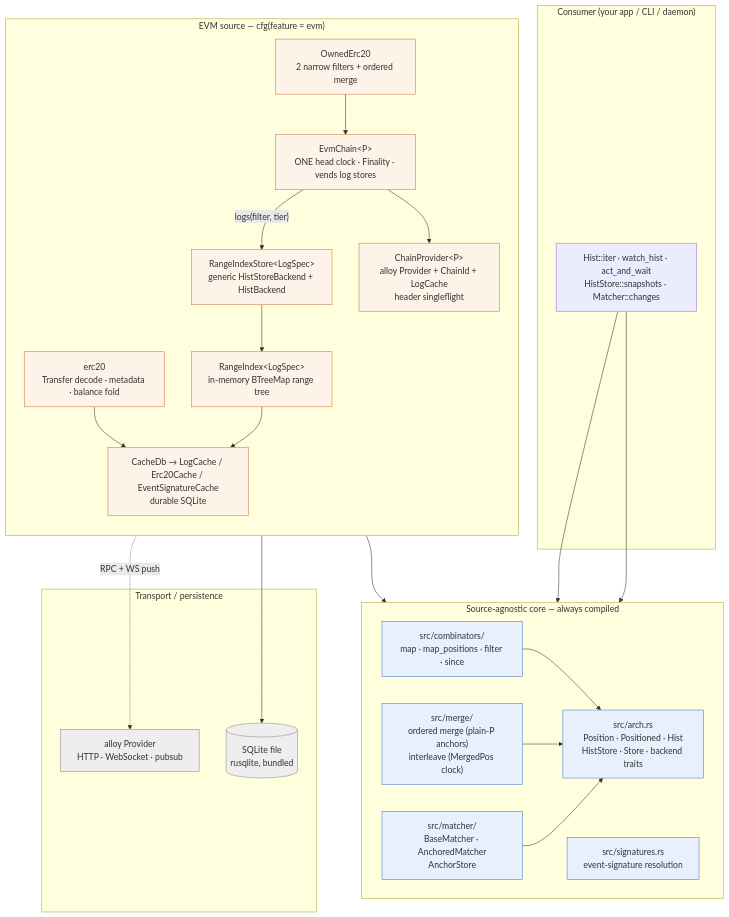
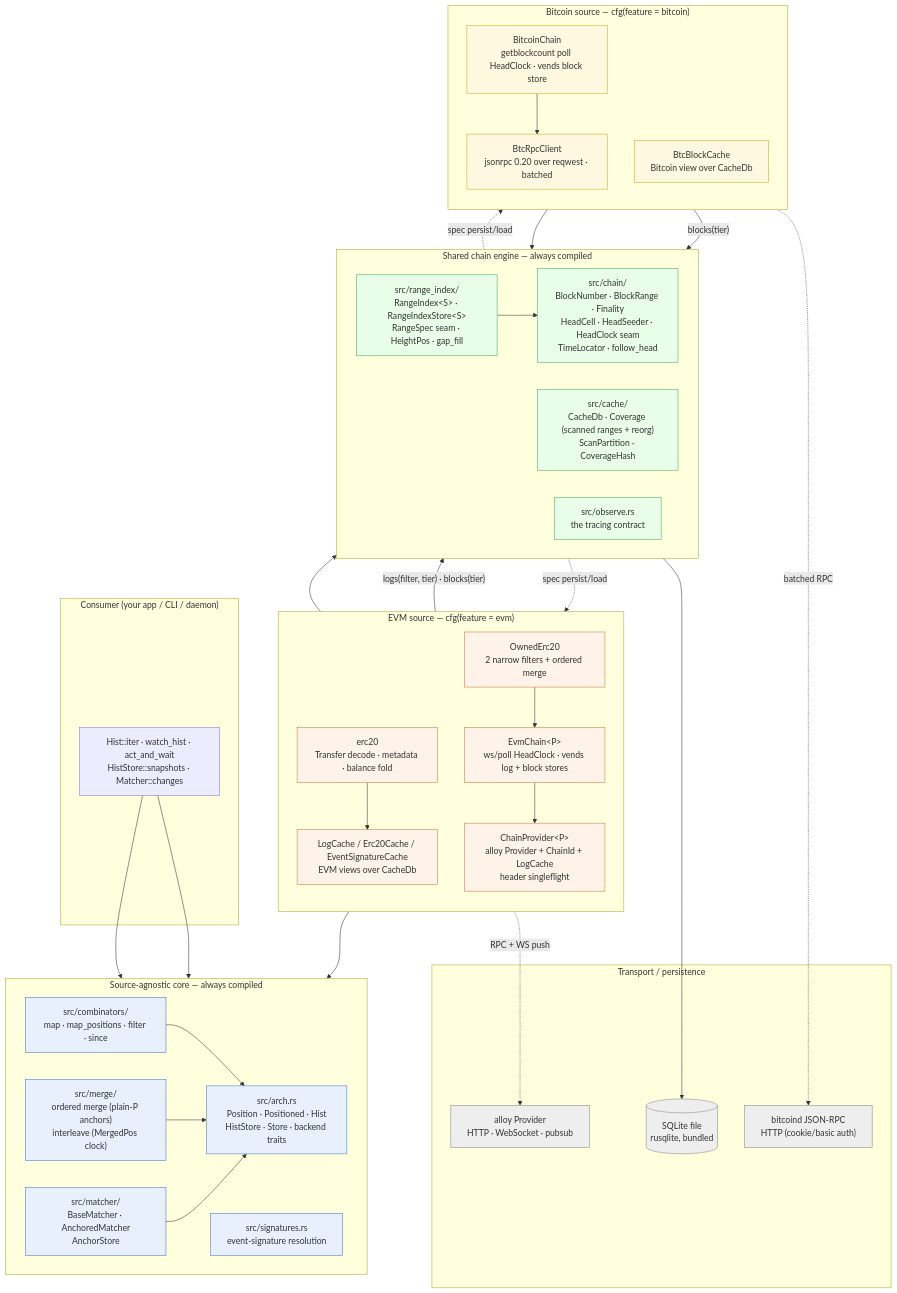
The second of 12 diagrams in docs/ARCHITECTURE.md (nikicat/chainfold), drawn with Mermaid before and after one commit. The commit also changed other lines of this file and 2 other files, not shown here.

First line of the commit message:
docs: shared-engine + bitcoin source across ARCHITECTURE/TODO/refactor

````diff
--- a/docs/ARCHITECTURE.md
+++ b/docs/ARCHITECTURE.md
@@ -124,53 +128,77 @@
 ```mermaid
 flowchart TB
     subgraph CONSUMER["Consumer (your app / CLI / daemon)"]
         UserCode["Hist::iter · watch_hist · act_and_wait<br/>HistStore::snapshots · Matcher::changes"]
     end
 
     subgraph CORE["Source-agnostic core — always compiled"]
         direction LR
         arch["src/arch.rs<br/>Position · Positioned · Hist<br/>HistStore · Store · backend traits"]
         combinators["src/combinators/<br/>map · map_positions · filter · since"]
         merge["src/merge/<br/>ordered merge (plain-P anchors)<br/>interleave (MergedPos clock)"]
         matcher["src/matcher/<br/>BaseMatcher · AnchoredMatcher<br/>AnchorStore"]
         signatures["src/signatures.rs<br/>event-signature resolution"]
     end
 
+    subgraph ENGINE["Shared chain engine — always compiled"]
+        direction LR
+        chainmod["src/chain/<br/>BlockNumber · BlockRange · Finality<br/>HeadCell · HeadSeeder · HeadClock seam<br/>TimeLocator · follow_head"]
+        RangeIndex["src/range_index/<br/>RangeIndex&lt;S&gt; · RangeIndexStore&lt;S&gt;<br/>RangeSpec seam · HeightPos · gap_fill"]
+        Cache["src/cache/<br/>CacheDb · Coverage (scanned ranges + reorg)<br/>ScanPartition · CoverageHash"]
+        observe["src/observe.rs<br/>the tracing contract"]
+    end
+
     subgraph EVM["EVM source — cfg(feature = evm)"]
         direction TB
-        EvmChain["EvmChain&lt;P&gt;<br/>ONE head clock · Finality · vends log stores"]
+        EvmChain["EvmChain&lt;P&gt;<br/>ws/poll HeadClock · vends log + block stores"]
         OwnedErc20["OwnedErc20<br/>2 narrow filters + ordered merge"]
         Erc20["erc20<br/>Transfer decode · metadata · balance fold"]
-        RIStore["RangeIndexStore&lt;LogSpec&gt;<br/>generic HistStoreBackend + HistBackend"]
-        RangeIndex["RangeIndex&lt;LogSpec&gt;<br/>in-memory BTreeMap range tree"]
-        Cache["CacheDb → LogCache / Erc20Cache / EventSignatureCache<br/>durable SQLite"]
+        LogCache["LogCache / Erc20Cache / EventSignatureCache<br/>EVM views over CacheDb"]
         ChainProvider["ChainProvider&lt;P&gt;<br/>alloy Provider + ChainId + LogCache<br/>header singleflight"]
+    end
+
+    subgraph BTC["Bitcoin source — cfg(feature = bitcoin)"]
+        direction TB
+        BitcoinChain["BitcoinChain<br/>getblockcount poll HeadClock · vends block store"]
+        BtcCache["BtcBlockCache<br/>Bitcoin view over CacheDb"]
+        BtcRpc["BtcRpcClient<br/>jsonrpc 0.20 over reqwest · batched"]
     end
 
     subgraph TRANSPORT["Transport / persistence"]
         Alloy["alloy Provider<br/>HTTP · WebSocket · pubsub"]
+        Bitcoind["bitcoind JSON-RPC<br/>HTTP (cookie/basic auth)"]
         SQLite[("SQLite file<br/>rusqlite, bundled")]
     end
 
     UserCode --> arch
     UserCode --> matcher
     combinators --> arch
     merge --> arch
     matcher --> arch
+    RangeIndex --> chainmod
     OwnedErc20 --> merge
     OwnedErc20 --> EvmChain
-    Erc20 --> Cache
-    EvmChain -- "logs(filter, tier)" --> RIStore
+    Erc20 --> LogCache
+    EvmChain -- "logs(filter, tier) · blocks(tier)" --> RangeIndex
     EvmChain --> ChainProvider
-    RIStore --> RangeIndex
-    RangeIndex --> Cache
+    BitcoinChain -- "blocks(tier)" --> RangeIndex
+    BitcoinChain --> BtcRpc
+    LogCache --> Cache
+    BtcCache --> Cache
+    RangeIndex -.spec persist/load.-> LogCache
+    RangeIndex -.spec persist/load.-> BtcCache
     ChainProvider -.RPC + WS push.-> Alloy
+    BtcRpc -.batched RPC.-> Bitcoind
     Cache --> SQLite
 
     classDef core fill:#e8f0fe,stroke:#4477cc
+    classDef engine fill:#e8fee8,stroke:#44aa66
     classDef evm fill:#fef3e8,stroke:#cc7744
+    classDef btc fill:#fef8e0,stroke:#ccaa22
     classDef transport fill:#eee,stroke:#888
     class arch,combinators,merge,matcher,signatures core
-    class EvmChain,OwnedErc20,Erc20,RIStore,RangeIndex,Cache,ChainProvider evm
-    class Alloy,SQLite transport
+    class chainmod,RangeIndex,Cache,observe engine
+    class EvmChain,OwnedErc20,Erc20,LogCache,ChainProvider evm
+    class BitcoinChain,BtcCache,BtcRpc btc
+    class Alloy,Bitcoind,SQLite transport
 ```
````
